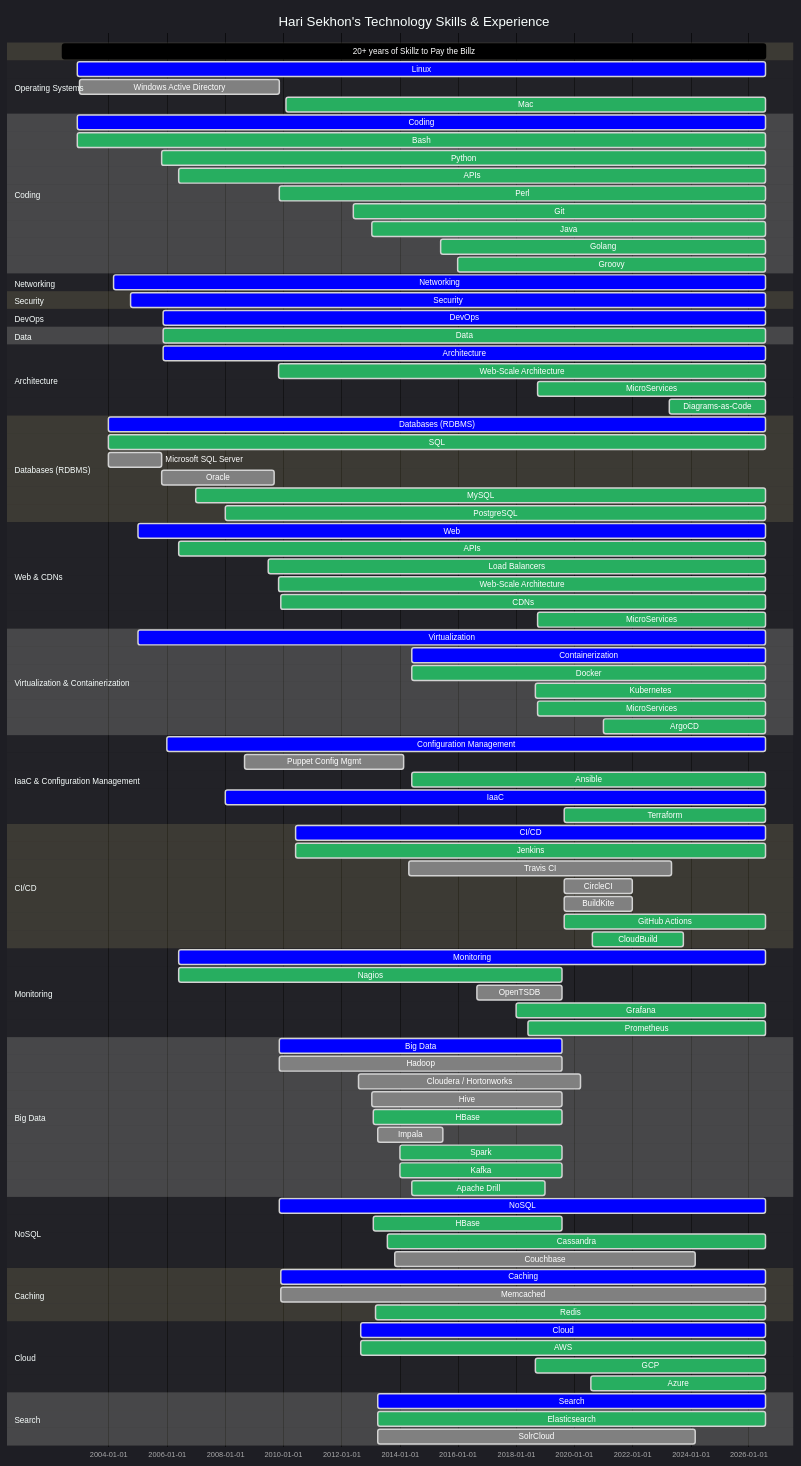
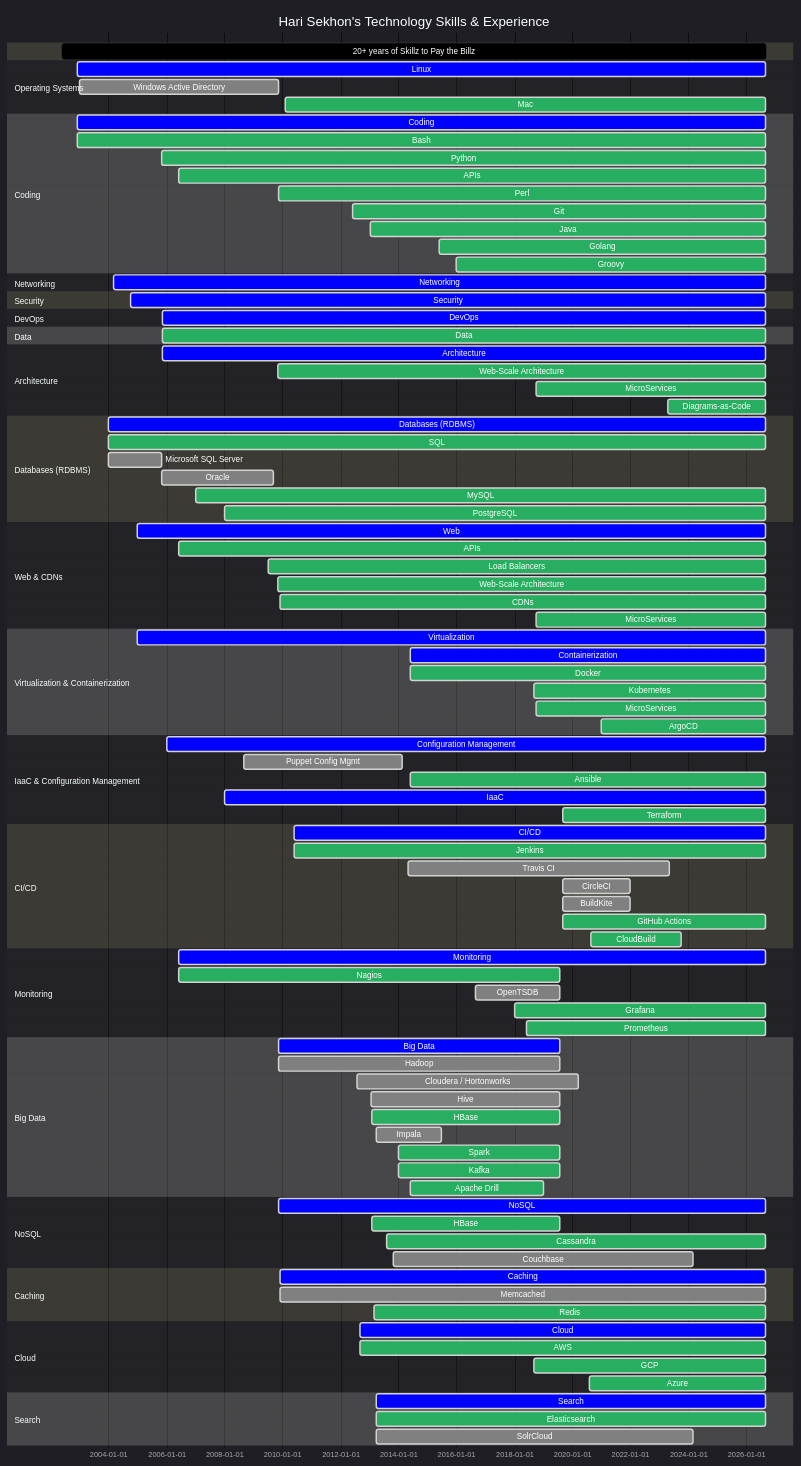
One commit to HariSekhon/HariSekhon changed the second of 2 diagrams in README.md. Above: the diagram before and after it, drawn with Mermaid. The commit also changed other lines of this file, not shown here.

Commit message:
updated profile counters

````diff
--- a/README.md
+++ b/README.md
@@ -1401,129 +1401,129 @@
     title Hari Sekhon's Technology Skills & Experience
     dateFormat  YYYY-MM-DD
 
-    20+ years of Skillz to Pay the Billz : 2002-06-01, 2026-07-30
+    20+ years of Skillz to Pay the Billz : 2002-06-01, 2026-08-30
 
     section Operating Systems
-    Linux                    : crit, 2002-12-01, 2026-07-30
+    Linux                    : crit, 2002-12-01, 2026-08-30
     Windows Active Directory : done, 2003-01-01, 2009-11-10
-    %%Redhat Linux             : active, 2002-12-01, 2026-07-30
-    %%Debian Linux             : active, 2003-01-01, 2026-07-30
+    %%Redhat Linux             : active, 2002-12-01, 2026-08-30
+    %%Debian Linux             : active, 2003-01-01, 2026-08-30
     %%Gentoo Linux             : done, 2004-06-01, 2009-11-10
-    %%Ubuntu Linux             : active, 2006-06-01, 2026-07-30
-    %%Alpine Linux             : done, 2016-01-01, 2026-07-30
-    Mac                      : active, 2010-02-01, 2026-07-30
+    %%Ubuntu Linux             : active, 2006-06-01, 2026-08-30
+    %%Alpine Linux             : done, 2016-01-01, 2026-08-30
+    Mac                      : active, 2010-02-01, 2026-08-30
 
     section Coding
-    Coding                 : crit, 2002-12-01, 2026-07-30
-    Bash                   : active, 2002-12-01, 2026-07-30
-    Python                 : active, 2005-11-01, 2026-07-30
-    APIs                   : active, 2006-06-01, 2026-07-30
+    Coding                 : crit, 2002-12-01, 2026-08-30
+    Bash                   : active, 2002-12-01, 2026-08-30
+    Python                 : active, 2005-11-01, 2026-08-30
+    APIs                   : active, 2006-06-01, 2026-08-30
     %%VBScript               : done, 2005-05-01, 2009-11-01
-    Perl                   : active, 2009-11-13, 2026-07-30
-    Git                    : active, 2012-06-01, 2026-07-30
+    Perl                   : active, 2009-11-13, 2026-08-30
+    Git                    : active, 2012-06-01, 2026-08-30
     %%Ruby                   : done, 2009-11-13, 2013-01-31
-    Java                   : active, 2013-01-13, 2026-07-30
+    Java                   : active, 2013-01-13, 2026-08-30
     %%Jython                 : done, 2013-01-13, 2015-12-31
     %%JRuby                  : done, 2013-03-01, 2013-08-31
     %%Scala                  : done, 2014-01-01, 2015-12-31
-    Golang                 : active, 2015-06-01, 2026-07-30
-    Groovy                 : active, 2016-01-01, 2026-07-30
+    Golang                 : active, 2015-06-01, 2026-08-30
+    Groovy                 : active, 2016-01-01, 2026-08-30
 
     %%section Build Systems
-    %%Make                   : active, 2006-06-01, 2026-07-30
-    %%Maven                  : active, 2013-02-01, 2026-07-30
-    %%SBT                    : active, 2014-01-01, 2026-07-30
-    %%Gradle                 : active, 2014-06-01, 2026-07-30
+    %%Make                   : active, 2006-06-01, 2026-08-30
+    %%Maven                  : active, 2013-02-01, 2026-08-30
+    %%SBT                    : active, 2014-01-01, 2026-08-30
+    %%Gradle                 : active, 2014-06-01, 2026-08-30
 
     %%section Version Control Systems
     %%Subversion             : done, 2005-11-13, 2012-06-01
     %%Mercurial              : done, 2011-06-01, 2013-06-01
-    %%Git                    : active, 2012-06-01, 2026-07-30
-    %%GitHub                 : active, 2012-12-31, 2026-07-30
+    %%Git                    : active, 2012-06-01, 2026-08-30
+    %%GitHub                 : active, 2012-12-31, 2026-08-30
 
     section Networking
-    Networking             : crit, 2004-03-01, 2026-07-30
-    %%VPNs                   : active, 2006-06-01, 2026-07-30
-    %%Cisco - IOS / NX-OS    : done, 2004-03-01, 2026-07-30
+    Networking             : crit, 2004-03-01, 2026-08-30
+    %%VPNs                   : active, 2006-06-01, 2026-08-30
+    %%Cisco - IOS / NX-OS    : done, 2004-03-01, 2026-08-30
     %%Juniper - Netscreen / SSG / SRX / ScreenOS / JunOS : done, 2007-01-01, 2013-01-18
     %%Netgear                : done, 2005-01-01, 2012-12-31
 
     section Load Balancers
 
     section Security
-    Security               : crit, 2004-10-01, 2026-07-30
-    %%Kerberos               : active, 2006-06-01, 2026-07-30
-    %%LDAP                   : active, 2006-06-01, 2026-07-30
+    Security               : crit, 2004-10-01, 2026-08-30
+    %%Kerberos               : active, 2006-06-01, 2026-08-30
+    %%LDAP                   : active, 2006-06-01, 2026-08-30
 
     section DevOps
-    DevOps                   : crit, 2005-11-11, 2026-07-30
+    DevOps                   : crit, 2005-11-11, 2026-08-30
 
     section Data
-    Data                   : active, 2005-11-11, 2026-07-30
-    %%Data Validation        : done, 2006-06-01, 2026-07-30
-    %%Data Science           : done, 2013-01-18, 2026-07-30
+    Data                   : active, 2005-11-11, 2026-08-30
+    %%Data Validation        : done, 2006-06-01, 2026-08-30
+    %%Data Science           : done, 2013-01-18, 2026-08-30
 
     section Architecture
-    Architecture            : crit,   2005-11-11, 2026-07-30
-    Web-Scale Architecture  : active, 2009-11-01, 2026-07-30
-    MicroServices           : active, 2018-10-01, 2026-07-30
-    Diagrams-as-Code        : active, 2023-04-14, 2026-07-30
+    Architecture            : crit,   2005-11-11, 2026-08-30
+    Web-Scale Architecture  : active, 2009-11-01, 2026-08-30
+    MicroServices           : active, 2018-10-01, 2026-08-30
+    Diagrams-as-Code        : active, 2023-04-14, 2026-08-30
 
     section Databases (RDBMS)
-    Databases (RDBMS)      : crit, 2004-01-01, 2026-07-30
-    SQL                    : active, 2004-01-01, 2026-07-30
+    Databases (RDBMS)      : crit, 2004-01-01, 2026-08-30
+    SQL                    : active, 2004-01-01, 2026-08-30
     Microsoft SQL Server   : done, 2004-01-01, 2005-10-31
     Oracle                 : done, 2005-11-01, 2009-09-10
-    MySQL                  : active, 2007-01-01, 2026-07-30
-    PostgreSQL             : active, 2008-01-01, 2026-07-30
+    MySQL                  : active, 2007-01-01, 2026-08-30
+    PostgreSQL             : active, 2008-01-01, 2026-08-30
 
     section Web & CDNs
-    Web                    : crit, 2005-01-01, 2026-07-30
-    APIs                   : active, 2006-06-01, 2026-07-30
+    Web                    : crit, 2005-01-01, 2026-08-30
+    APIs                   : active, 2006-06-01, 2026-08-30
 
-    Load Balancers         : active, 2009-07-01, 2026-07-30
+    Load Balancers         : active, 2009-07-01, 2026-08-30
     %%LVS                    : done, 2009-01-01, 2009-11-11
     %%Foundry - ServerIron XL / 4G : done, 2009-10-13, 2011-11-31
     %%F5 BigIP               : done, 2010-06-01, 2013-01-18
-    %%HAProxy                : active, 2018-04-01, 2026-07-30
-    %%Kong                   : active, 2023-03-01, 2026-07-30
-    %%Traefik                : active, 2023-03-01, 2026-07-30
+    %%HAProxy                : active, 2018-04-01, 2026-08-30
+    %%Kong                   : active, 2023-03-01, 2026-08-30
+    %%Traefik                : active, 2023-03-01, 2026-08-30
 
-    Web-Scale Architecture : active, 2009-11-01, 2026-07-30
-    CDNs                   : active, 2009-12-01, 2026-07-30
+    Web-Scale Architecture : active, 2009-11-01, 2026-08-30
+    CDNs                   : active, 2009-12-01, 2026-08-30
     %%UlraDNS                : done, 2009-11-01, 2012-06-31
     %%Cotendo                : done, 2012-06-01, 2013-01-13
-    %%Cloudflare             : active, 2020-08-20, 2026-07-30
-    MicroServices            : active, 2018-10-01, 2026-07-30
+    %%Cloudflare             : active, 2020-08-20, 2026-08-30
+    MicroServices            : active, 2018-10-01, 2026-08-30
 
     section Virtualization & Containerization
-    Virtualization         : crit, 2005-01-01, 2026-07-30
+    Virtualization         : crit, 2005-01-01, 2026-08-30
     %%VMware ESX, ESXi, VirtualBox : done, 2005-01-01, 2017-02-16
     %%Vagrant                : active, 2013-01-01, 2023-12-31
-    Containerization       : crit, 2014-06-01, 2026-07-30
-    Docker                 : active, 2014-06-01, 2026-07-30
-    Kubernetes             : active, 2018-09-01, 2026-07-30
-    MicroServices          : active, 2018-10-01, 2026-07-30
-    ArgoCD                 : active, 2021-01-01, 2026-07-30
+    Containerization       : crit, 2014-06-01, 2026-08-30
+    Docker                 : active, 2014-06-01, 2026-08-30
+    Kubernetes             : active, 2018-09-01, 2026-08-30
+    MicroServices          : active, 2018-10-01, 2026-08-30
+    ArgoCD                 : active, 2021-01-01, 2026-08-30
 
     section IaaC & Configuration Management
-    Configuration Management :crit, 2006-01-01, 2026-07-30
+    Configuration Management :crit, 2006-01-01, 2026-08-30
     Puppet Config Mgmt     : done, 2008-09-01, 2014-02-18
-    Ansible                : active, 2014-06-01, 2026-07-30
-    IaaC                   :crit, 2008-01-01, 2026-07-30
-    Terraform              :active, 2019-09-01, 2026-07-30
+    Ansible                : active, 2014-06-01, 2026-08-30
+    IaaC                   :crit, 2008-01-01, 2026-08-30
+    Terraform              :active, 2019-09-01, 2026-08-30
     %%Terraform Cloud        : active, 2021-09-01, 2022-09-31
-    %%Kickstart              : active, 2008-01-01, 2026-07-30
-    %%Preseed                : active, 2009-01-01, 2026-07-30
-    %%AutoInstall            : active, 2023-01-01, 2026-07-30
+    %%Kickstart              : active, 2008-01-01, 2026-08-30
+    %%Preseed                : active, 2009-01-01, 2026-08-30
+    %%AutoInstall            : active, 2023-01-01, 2026-08-30
 
     section CI/CD
-    CI/CD                  : crit, 2010-06-01, 2026-07-30
-    Jenkins                : active, 2010-06-01, 2026-07-30
+    CI/CD                  : crit, 2010-06-01, 2026-08-30
+    Jenkins                : active, 2010-06-01, 2026-08-30
     Travis CI              : done, 2014-05-01, 2023-05-08
     CircleCI               : done, 2019-09-01, 2021-12-31
     BuildKite              : done, 2019-09-01, 2021-12-31
-    GitHub Actions         : active, 2019-09-01, 2026-07-30
+    GitHub Actions         : active, 2019-09-01, 2026-08-30
     %%GitLab                 : active, 2019-09-01, 2022-12-31
     %%Azure DevOps           : done, 2019-09-01, 2022-12-31
     %%Bitbucket              : done, 2019-09-01, 2022-12-31
@@ -1532,11 +1532,11 @@
     CloudBuild             : active, 2020-08-20, 2023-09-30
 
     section Monitoring
-    Monitoring             : crit, 2006-06-01, 2026-07-30
+    Monitoring             : crit, 2006-06-01, 2026-08-30
     Nagios                 : active, 2006-06-01, 2019-07-31
     OpenTSDB               : done, 2016-09-01, 2019-07-31
-    Grafana                : active, 2018-01-01, 2026-07-30
-    Prometheus             : active, 2018-06-01, 2026-07-30
+    Grafana                : active, 2018-01-01, 2026-08-30
+    Prometheus             : active, 2018-06-01, 2026-08-30
     %%Pingdom                : done, 2020-08-20, 2023-09-17
     %%Datadog                : done, 2022-08-20, 2023-09-17
 
@@ -1554,28 +1554,28 @@
     Apache Drill           : active, 2014-06-01, 2018-12-31
 
     section NoSQL
-    NoSQL                  : crit, 2009-11-13, 2026-07-30
+    NoSQL                  : crit, 2009-11-13, 2026-08-30
     HBase                  : active, 2013-02-01, 2019-07-31
     %%MongoDB                : done, 2013-06-01, 2013-12-31
-    Cassandra              : active, 2013-08-01, 2026-07-30
+    Cassandra              : active, 2013-08-01, 2026-08-30
     Couchbase              : done, 2013-11-01, 2024-03-01
 
     section Caching
-    Caching                : crit, 2009-11-31, 2026-07-30
-    Memcached              : done, 2009-11-31, 2026-07-30
-    Redis                  : active, 2013-03-01, 2026-07-30
+    Caching                : crit, 2009-11-31, 2026-08-30
+    Memcached              : done, 2009-11-31, 2026-08-30
+    Redis                  : active, 2013-03-01, 2026-08-30
 
     section Cloud
-    Cloud            : crit, 2012-09-01, 2026-07-30
-    AWS              : active, 2012-09-01, 2026-07-30
-    GCP              : active, 2018-09-01, 2026-07-30
-    Azure            : active, 2020-08-01, 2026-07-30
+    Cloud            : crit, 2012-09-01, 2026-08-30
+    AWS              : active, 2012-09-01, 2026-08-30
+    GCP              : active, 2018-09-01, 2026-08-30
+    Azure            : active, 2020-08-01, 2026-08-30
 
     section Search
-    Search                 : crit, 2013-03-31, 2026-07-30
-    Elasticsearch          : active, 2013-03-31, 2026-07-30
-    %%LogStash               : done, 2013-03-31, 2026-07-30
-    %%Fluentd                : crit, 2018-03-31, 2026-07-30
-    %%Kibana                 : crit, 2013-03-31, 2026-07-30
+    Search                 : crit, 2013-03-31, 2026-08-30
+    Elasticsearch          : active, 2013-03-31, 2026-08-30
+    %%LogStash               : done, 2013-03-31, 2026-08-30
+    %%Fluentd                : crit, 2018-03-31, 2026-08-30
+    %%Kibana                 : crit, 2013-03-31, 2026-08-30
     SolrCloud              : done, 2013-04-01, 2024-03-01
 ```
````
